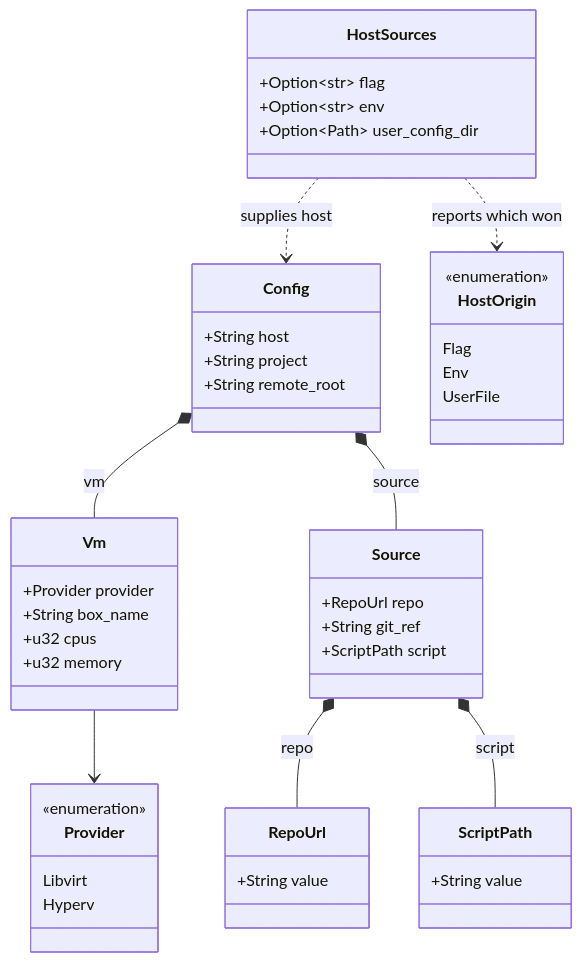
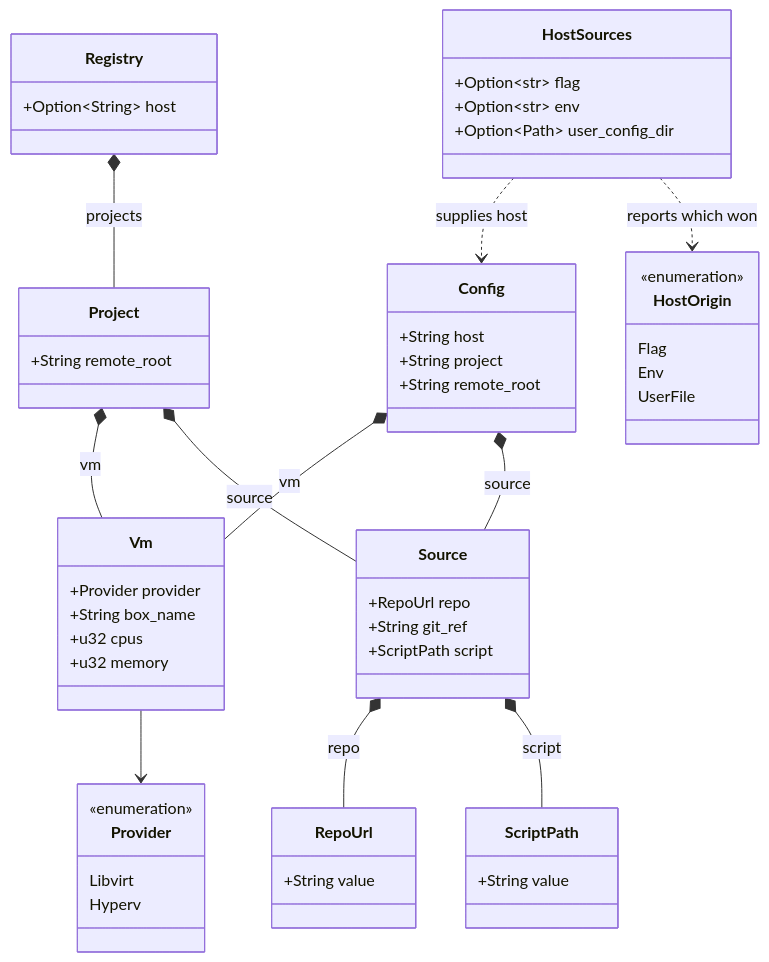
One commit to breki/bombyx changed the third of 6 diagrams in docs/architecture.md. Above: the diagram before and after it, drawn with Mermaid. The commit also changed other lines of this file and 10 other files, not shown here.

First line of the commit message:
fix: the review rounds on the registry projects table

````diff
--- a/docs/architecture.md
+++ b/docs/architecture.md
@@ -129,49 +129,58 @@
 ```mermaid
 classDiagram
   class Config {
     +String host
     +String project
     +String remote_root
   }
   class Vm {
     +Provider provider
     +String box_name
     +u32 cpus
     +u32 memory
   }
   class Source {
     +RepoUrl repo
     +String git_ref
     +ScriptPath script
   }
   class RepoUrl {
     +String value
   }
   class ScriptPath {
     +String value
   }
   class Provider {
     <<enumeration>>
     Libvirt
     Hyperv
   }
+  class Registry {
+    +Option~String~ host
+  }
+  class Project {
+    +String remote_root
+  }
   class HostSources {
     +Option~str~ flag
     +Option~str~ env
     +Option~Path~ user_config_dir
   }
   class HostOrigin {
     <<enumeration>>
     Flag
     Env
     UserFile
   }
 
   Config *-- Vm : vm
   Config *-- Source : source
+  Registry *-- Project : projects
+  Project *-- Vm : vm
+  Project *-- Source : source
   Vm --> Provider
   Source *-- RepoUrl : repo
   Source *-- ScriptPath : script
   HostSources ..> Config : supplies host
   HostSources ..> HostOrigin : reports which won
 ```
````
